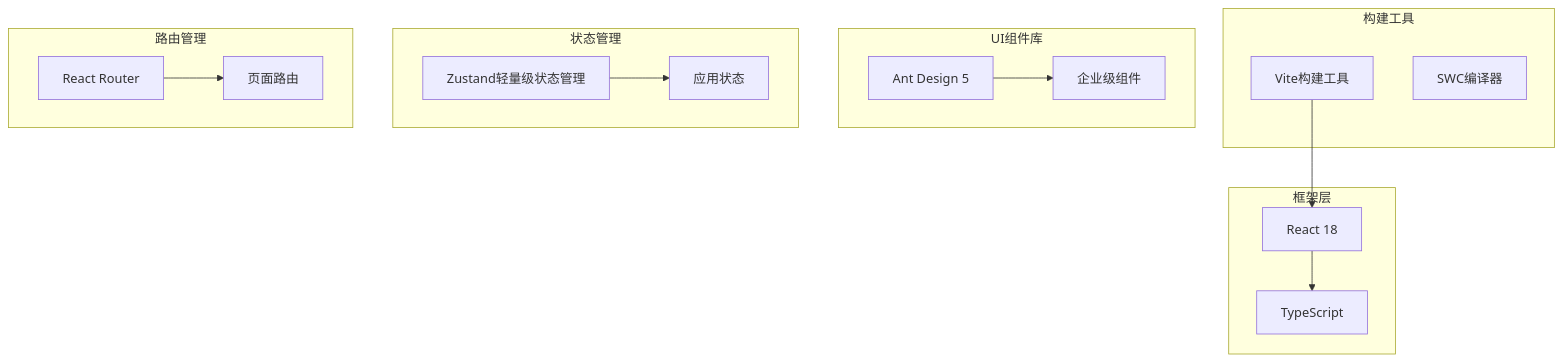
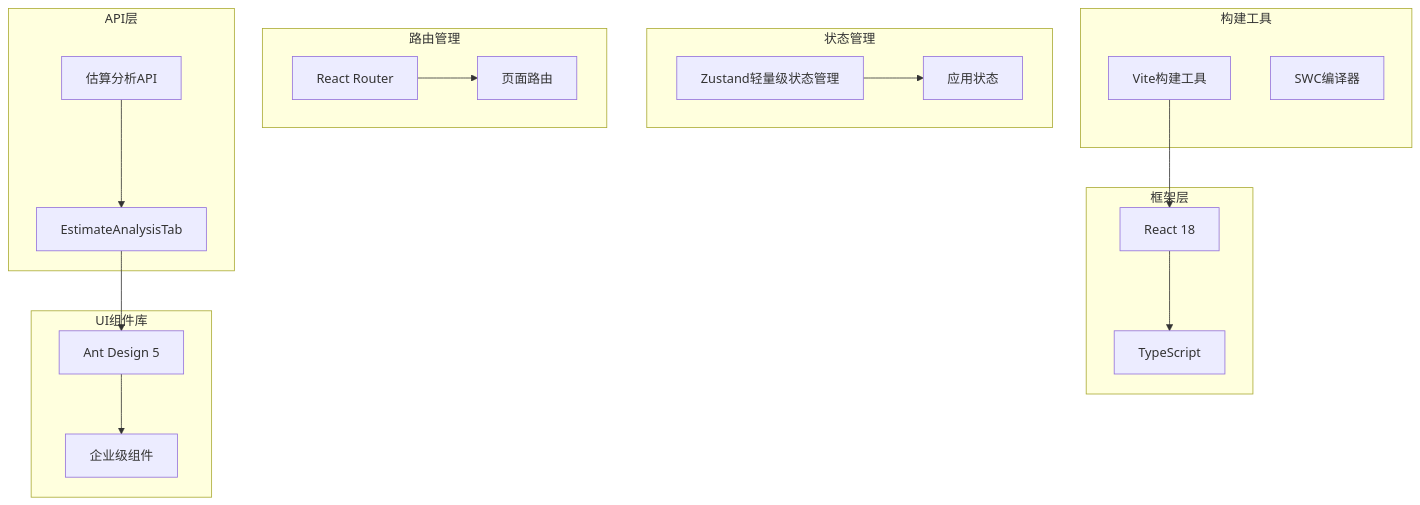
Diagram 24 of 28 in .qoder/repowiki/zh/content/核心功能开发/多源基金估值系统.md (gree-coder/fund-butler), drawn with Mermaid before and after one commit. The commit also changed other lines of this file and 15 other files, not shown here.

````diff
--- a/.qoder/repowiki/zh/content/核心功能开发/多源基金估值系统.md
+++ b/.qoder/repowiki/zh/content/核心功能开发/多源基金估值系统.md
@@ -835,28 +1013,34 @@
 ```mermaid
 graph TB
 subgraph "构建工具"
 Vite[Vite构建工具]
 SWC[SWC编译器]
 end
 subgraph "框架层"
 React[React 18]
 TS[TypeScript]
 end
 subgraph "UI组件库"
 AntD[Ant Design 5]
 Components[企业级组件]
 end
 subgraph "状态管理"
 Zustand[Zustand轻量级状态管理]
 Store[应用状态]
 end
 subgraph "路由管理"
 Router[React Router]
 Pages[页面路由]
 end
+subgraph "API层"
+API[估算分析API]
+EstimateAnalysis[EstimateAnalysisTab]
+end
 Vite --> React
 React --> TS
 AntD --> Components
 Zustand --> Store
 Router --> Pages
+API --> EstimateAnalysis
+EstimateAnalysis --> AntD
 ```
````
